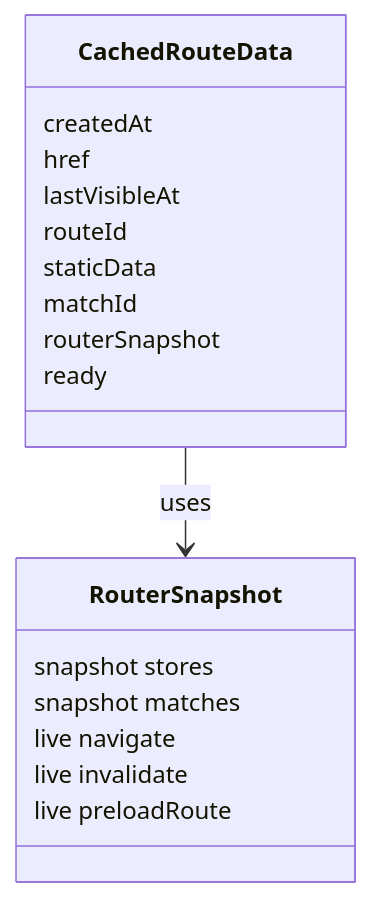
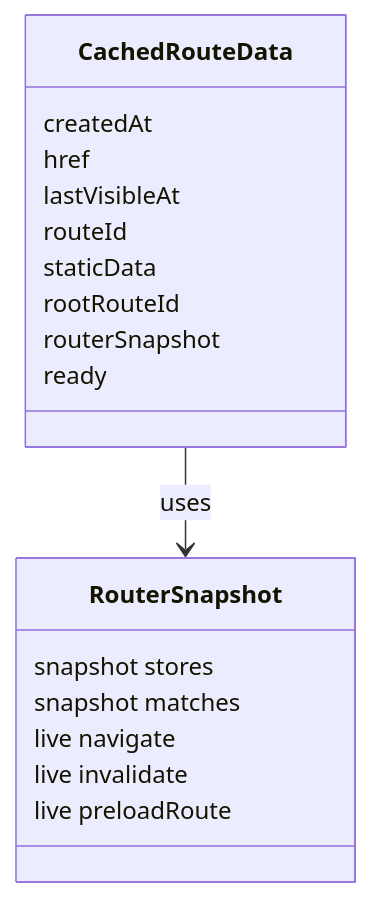
The fourth of 15 diagrams in docs/architecture.md (santiago-ramos-02/tanstack-router-cache), drawn with Mermaid before and after one commit. The commit also changed other lines of this file and 8 other files, not shown here.

````diff
--- a/docs/architecture.md
+++ b/docs/architecture.md
@@ -120,23 +120,23 @@
 ```mermaid
 classDiagram
   class CachedRouteData {
     createdAt
     href
     lastVisibleAt
     routeId
     staticData
-    matchId
+    rootRouteId
     routerSnapshot
     ready
   }
 
   class RouterSnapshot {
     snapshot stores
     snapshot matches
     live navigate
     live invalidate
     live preloadRoute
   }
 
   CachedRouteData --> RouterSnapshot : uses
 ```
````
